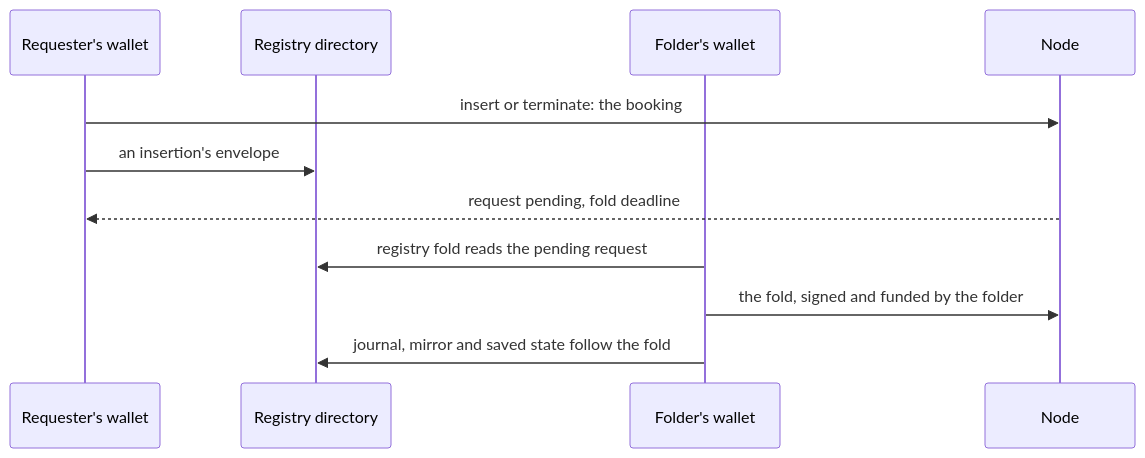
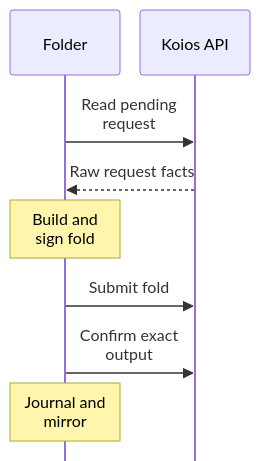
One commit to lambdasistemi/singular changed the second of 6 diagrams in docs/singular-node.md. Above: the diagram before and after it, drawn with Mermaid. The commit also changed other lines of this file and 112 other files, not shown here.

````diff
--- a/docs/singular-node.md
+++ b/docs/singular-node.md
@@ -67,13 +83,12 @@
 ```mermaid
+%%{init: {'sequence': {'actorMargin': 20, 'width': 110, 'wrap': true, 'mirrorActors': false}}}%%
 sequenceDiagram
-    participant R as Requester's wallet
-    participant D as Registry directory
-    participant F as Folder's wallet
-    participant N as Node
-    R->>N: insert or terminate: the booking
-    R->>D: an insertion's envelope
-    N-->>R: request pending, fold deadline
-    F->>D: registry fold reads the pending request
-    F->>N: the fold, signed and funded by the folder
-    F->>D: journal, mirror and saved state follow the fold
+    participant W as Folder
+    participant P as Koios API
+    W->>P: Read pending request
+    P-->>W: Raw request facts
+    Note over W: Build and sign fold
+    W->>P: Submit fold
+    W->>P: Confirm exact output
+    Note over W: Journal and mirror
 ```
````
